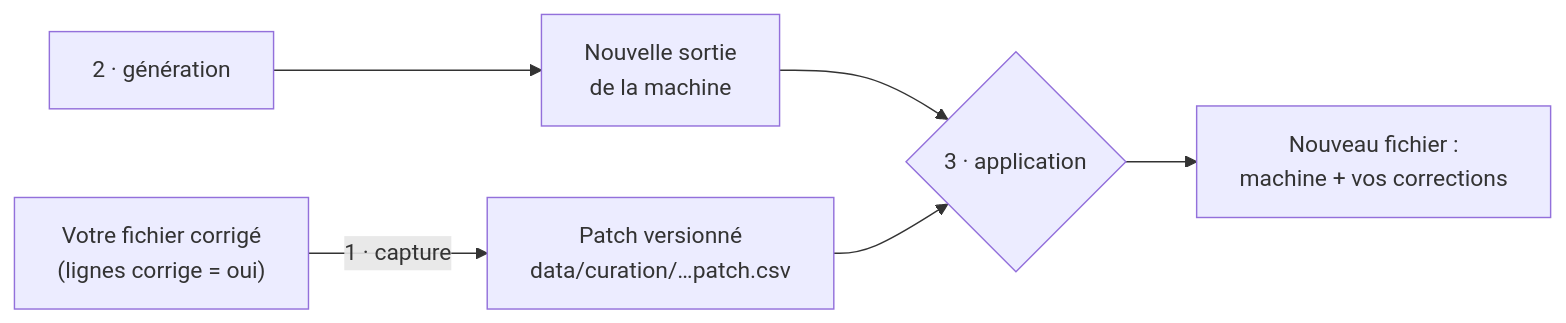
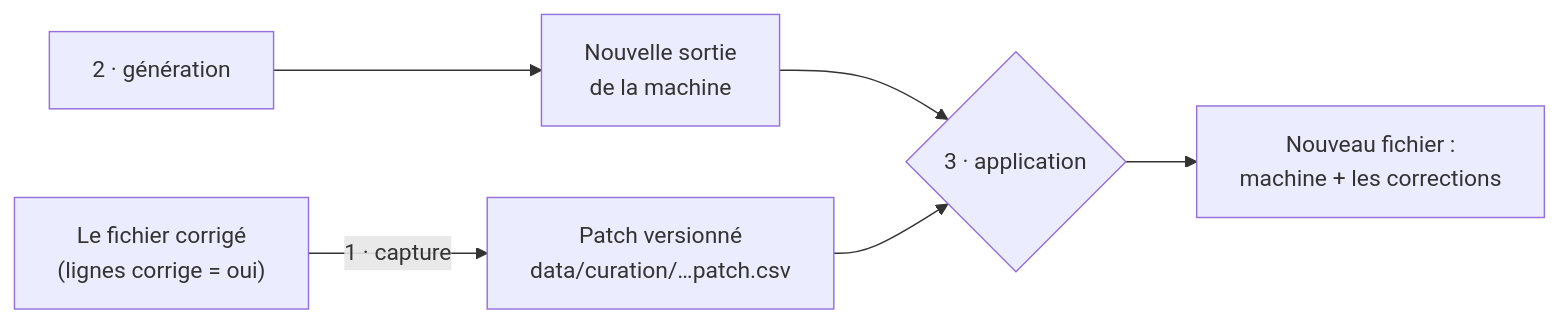
Before and after one commit to HueyNemud/adresses_revolutionnaires: the diagram in docs/guide_curation.md, drawn with Mermaid. The commit also changed other lines of this file and 10 other files, not shown here.

````diff
--- a/docs/guide_curation.md
+++ b/docs/guide_curation.md
@@ -41,8 +41,8 @@
 ```mermaid
 flowchart LR
-    F["Votre fichier corrigé<br/>(lignes corrige = oui)"] -->|"1 · capture"| P["Patch versionné<br/>data/curation/…patch.csv"]
+    F["Le fichier corrigé<br/>(lignes corrige = oui)"] -->|"1 · capture"| P["Patch versionné<br/>data/curation/…patch.csv"]
     M["Nouvelle sortie<br/>de la machine"] --> A{"3 · application"}
     P --> A
-    A --> N["Nouveau fichier :<br/>machine + vos corrections"]
+    A --> N["Nouveau fichier :<br/>machine + les corrections"]
     G["2 · génération"] --> M
 ```
````
